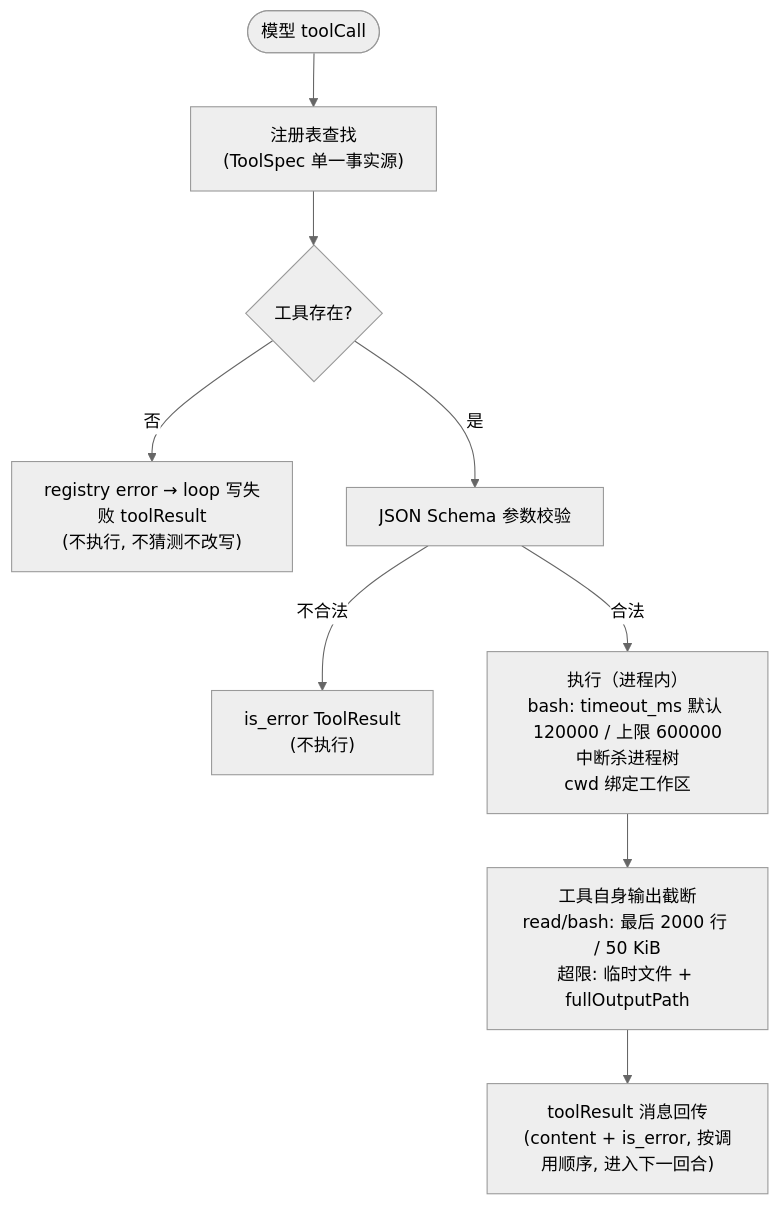
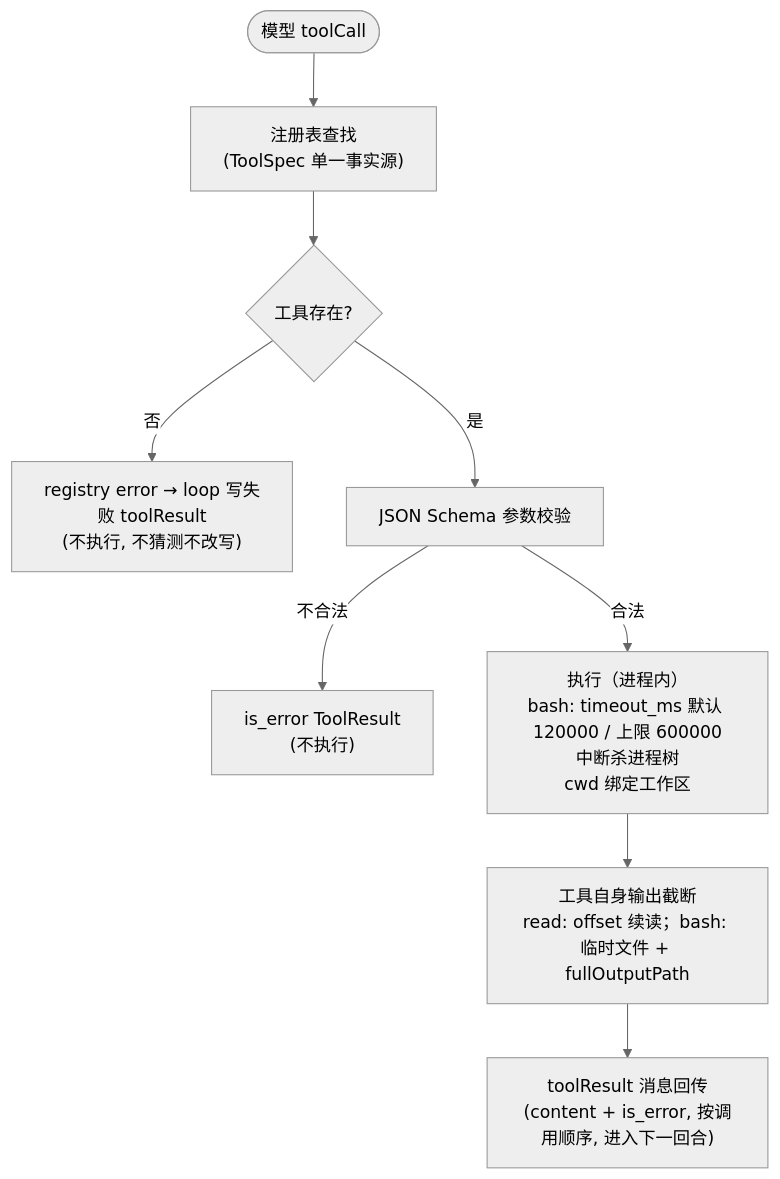
One commit to qjcnmd/singularity-agent changed the fourth of 8 diagrams in docs/singularity.md. Above: the diagram before and after it, drawn with Mermaid (neutral theme). The commit also changed other lines of this file and 8 other files, not shown here.

````diff
--- a/docs/singularity.md
+++ b/docs/singularity.md
@@ -132,11 +130,11 @@
 ```mermaid
 flowchart TD
     A(["模型 toolCall"]) --> B["注册表查找<br/>(ToolSpec 单一事实源)"]
     B --> C{"工具存在?"}
     C -- 否 --> R1["registry error → loop 写失败 toolResult<br/>(不执行, 不猜测不改写)"]
     C -- 是 --> D["JSON Schema 参数校验"]
     D -- "不合法" --> R2["is_error ToolResult<br/>(不执行)"]
     D -- "合法" --> F["执行（进程内）<br/>bash: timeout_ms 默认 120000 / 上限 600000<br/>中断杀进程树<br/>cwd 绑定工作区"]
-    F --> G["工具自身输出截断<br/>read/bash: 最后 2000 行 / 50 KiB<br/>超限: 临时文件 + fullOutputPath"]
+    F --> G["工具自身输出截断<br/>read: offset 续读；bash: 临时文件 + fullOutputPath"]
     G --> I["toolResult 消息回传<br/>(content + is_error, 按调用顺序, 进入下一回合)"]
 ```
````
